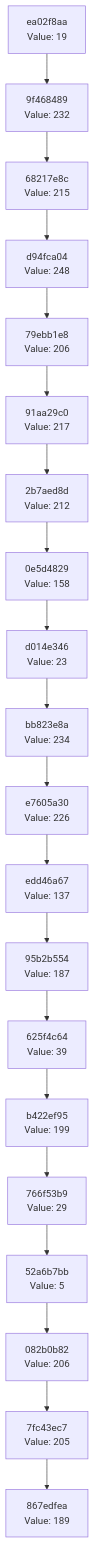
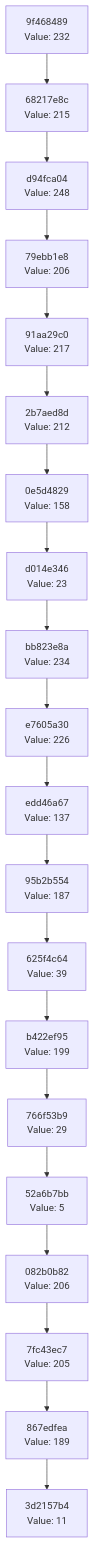
One commit to Abhisheksinha1506/hash-chain-evolver changed the diagram in docs/CHAIN_VISUALIZATION.md. Above: the diagram before and after it, drawn with Mermaid. The commit also changed 2 other files, not shown here.

Commit message:
Evolution Step

````diff
--- a/docs/CHAIN_VISUALIZATION.md
+++ b/docs/CHAIN_VISUALIZATION.md
@@ -3,42 +3,42 @@
 ```mermaid
 graph TD
-    C0["867edfea<br/>Value: 189"]
-    C1["7fc43ec7<br/>Value: 205"]
+    C0["3d2157b4<br/>Value: 11"]
+    C1["867edfea<br/>Value: 189"]
     C1 --> C0
-    C2["082b0b82<br/>Value: 206"]
+    C2["7fc43ec7<br/>Value: 205"]
     C2 --> C1
-    C3["52a6b7bb<br/>Value: 5"]
+    C3["082b0b82<br/>Value: 206"]
     C3 --> C2
-    C4["766f53b9<br/>Value: 29"]
+    C4["52a6b7bb<br/>Value: 5"]
     C4 --> C3
-    C5["b422ef95<br/>Value: 199"]
+    C5["766f53b9<br/>Value: 29"]
     C5 --> C4
-    C6["625f4c64<br/>Value: 39"]
+    C6["b422ef95<br/>Value: 199"]
     C6 --> C5
-    C7["95b2b554<br/>Value: 187"]
+    C7["625f4c64<br/>Value: 39"]
     C7 --> C6
-    C8["edd46a67<br/>Value: 137"]
+    C8["95b2b554<br/>Value: 187"]
     C8 --> C7
-    C9["e7605a30<br/>Value: 226"]
+    C9["edd46a67<br/>Value: 137"]
     C9 --> C8
-    C10["bb823e8a<br/>Value: 234"]
+    C10["e7605a30<br/>Value: 226"]
     C10 --> C9
-    C11["d014e346<br/>Value: 23"]
+    C11["bb823e8a<br/>Value: 234"]
     C11 --> C10
-    C12["0e5d4829<br/>Value: 158"]
+    C12["d014e346<br/>Value: 23"]
     C12 --> C11
-    C13["2b7aed8d<br/>Value: 212"]
+    C13["0e5d4829<br/>Value: 158"]
     C13 --> C12
-    C14["91aa29c0<br/>Value: 217"]
+    C14["2b7aed8d<br/>Value: 212"]
     C14 --> C13
-    C15["79ebb1e8<br/>Value: 206"]
+    C15["91aa29c0<br/>Value: 217"]
     C15 --> C14
-    C16["d94fca04<br/>Value: 248"]
+    C16["79ebb1e8<br/>Value: 206"]
     C16 --> C15
-    C17["68217e8c<br/>Value: 215"]
+    C17["d94fca04<br/>Value: 248"]
     C17 --> C16
-    C18["9f468489<br/>Value: 232"]
+    C18["68217e8c<br/>Value: 215"]
     C18 --> C17
-    C19["ea02f8aa<br/>Value: 19"]
+    C19["9f468489<br/>Value: 232"]
     C19 --> C18
 ```
````
